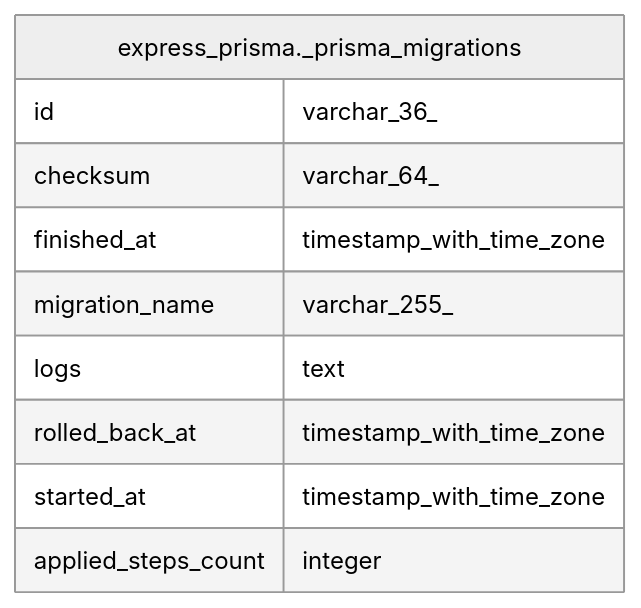
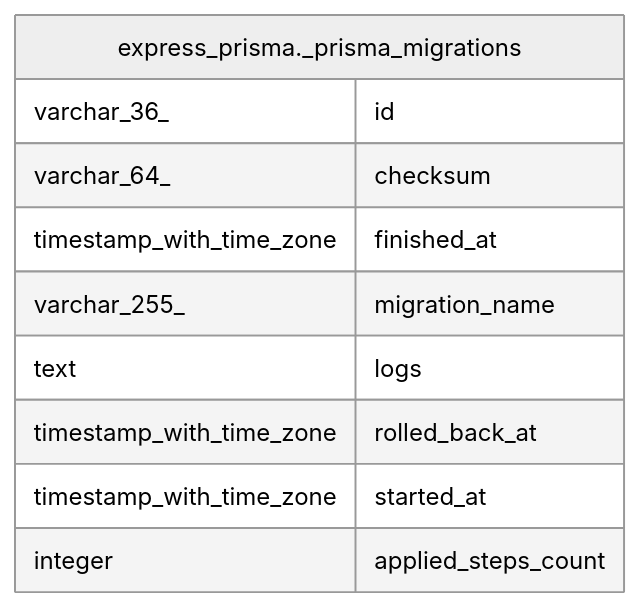
The diagram in docs/schema/express-prisma/express_prisma._prisma_migrations.md (WhatIfWeDigDeeper/application-tracker), drawn with Mermaid (neutral theme) before and after one commit. The commit also changed 104 other files, not shown here.

````diff
--- a/docs/schema/express-prisma/express_prisma._prisma_migrations.md
+++ b/docs/schema/express-prisma/express_prisma._prisma_migrations.md
@@ -37,15 +37,15 @@
 ```mermaid
 erDiagram
 
 
 "express_prisma._prisma_migrations" {
-  id varchar_36_
-  checksum varchar_64_
-  finished_at timestamp_with_time_zone
-  migration_name varchar_255_
-  logs text
-  rolled_back_at timestamp_with_time_zone
-  started_at timestamp_with_time_zone
-  applied_steps_count integer
+  varchar_36_ id
+  varchar_64_ checksum
+  timestamp_with_time_zone finished_at
+  varchar_255_ migration_name
+  text logs
+  timestamp_with_time_zone rolled_back_at
+  timestamp_with_time_zone started_at
+  integer applied_steps_count
 }
 ```
````
